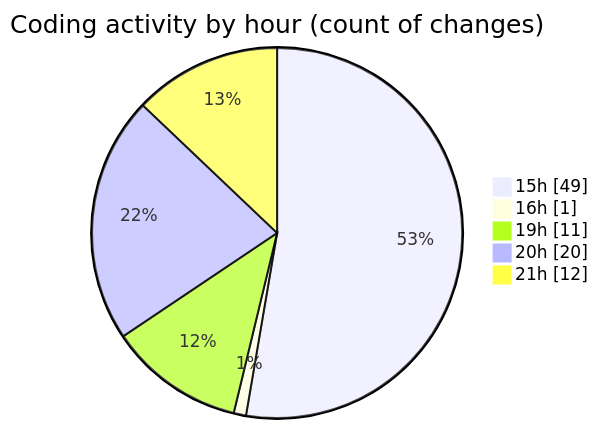
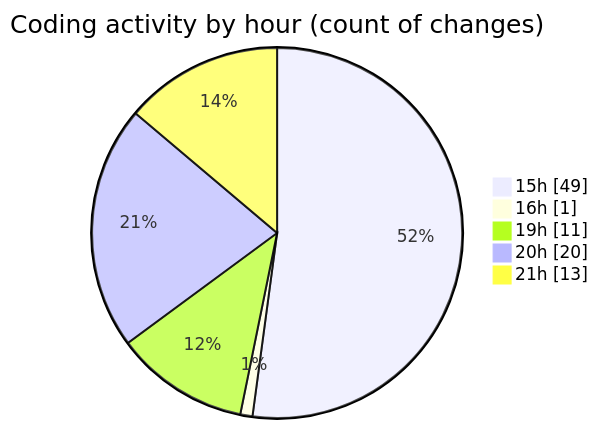
Before and after one commit to Elitesun/code-tracking: the second of 2 diagrams in 2025-04-07/sungpt/README.md, drawn with Mermaid. The commit also changed other lines of this file and 1 other file, not shown here.

````diff
--- a/2025-04-07/sungpt/README.md
+++ b/2025-04-07/sungpt/README.md
@@ -38,9 +38,9 @@
 ```mermaid
 pie showData
 title Coding activity by hour (count of changes)
 "15h" : 49
 "16h" : 1
 "19h" : 11
 "20h" : 20
-"21h" : 12
+"21h" : 13
 ```
````
